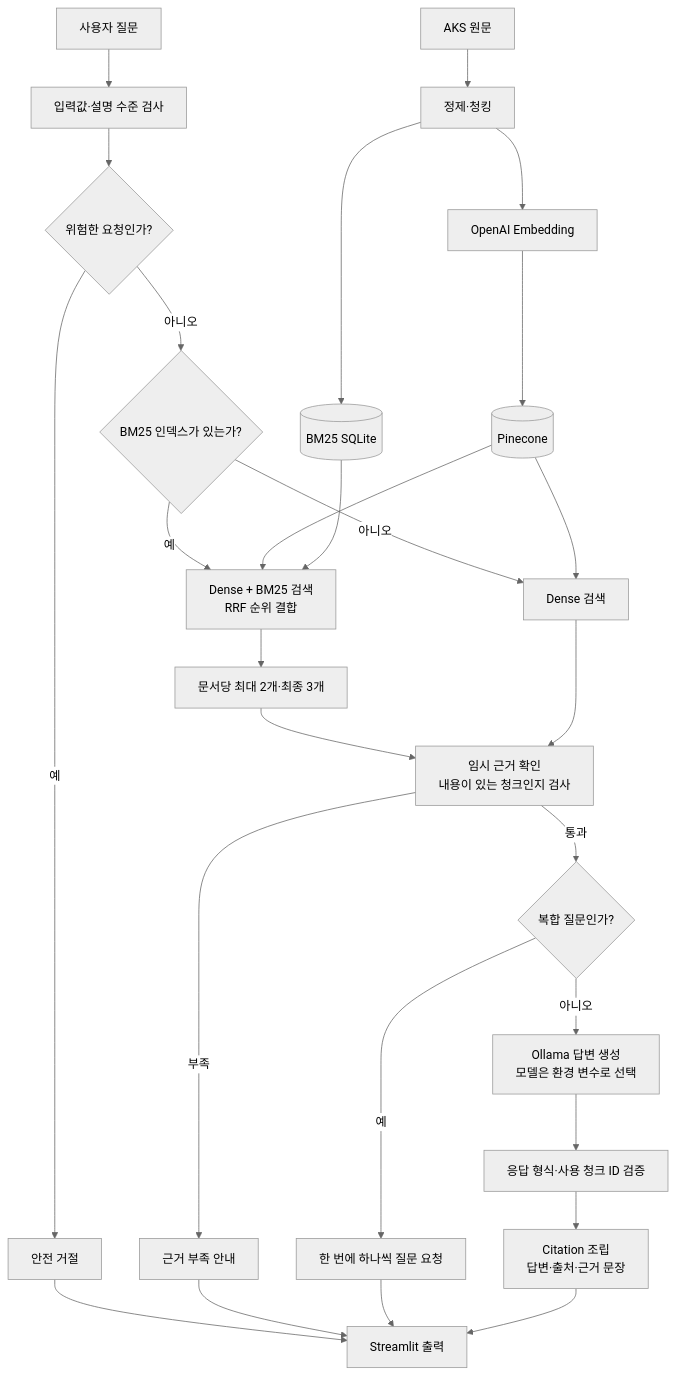
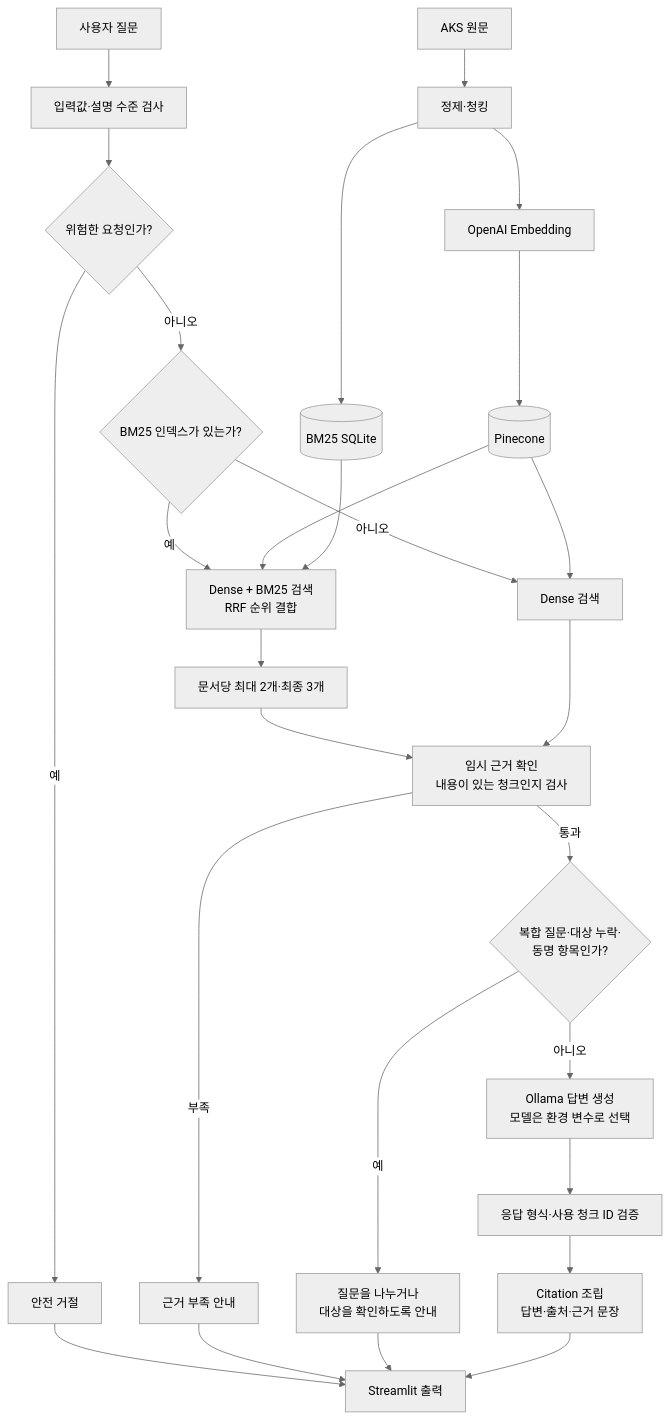
One commit to SpicyAutumn/SKN33-3rd-1Team changed the diagram in README.md. Above: the diagram before and after it, drawn with Mermaid (neutral theme). The commit also changed other lines of this file and 5 other files, not shown here.

````diff
--- a/README.md
+++ b/README.md
@@ -93,30 +93,30 @@
 ```mermaid
 flowchart TD
     A[AKS 원문] --> B[정제·청킹]
     B --> C[OpenAI Embedding]
     C --> D[(Pinecone)]
     B --> E[(BM25 SQLite)]
 
     Q[사용자 질문] --> V[입력값·설명 수준 검사]
     V --> S{위험한 요청인가?}
     S -->|예| SR[안전 거절]
     S -->|아니오| F{BM25 인덱스가 있는가?}
     F -->|예| H[Dense + BM25 검색<br/>RRF 순위 결합]
     F -->|아니오| DE[Dense 검색]
     D --> H
     E --> H
     D --> DE
     H --> HC[문서당 최대 2개·최종 3개]
     HC --> I[임시 근거 확인<br/>내용이 있는 청크인지 검사]
     DE --> I
     I -->|부족| K[근거 부족 안내]
-    I -->|통과| CQ{복합 질문인가?}
-    CQ -->|예| CL[한 번에 하나씩 질문 요청]
+    I -->|통과| CQ{복합 질문·대상 누락·<br/>동명 항목인가?}
+    CQ -->|예| CL[질문을 나누거나<br/>대상을 확인하도록 안내]
     CQ -->|아니오| J[Ollama 답변 생성<br/>모델은 환경 변수로 선택]
     J --> L[응답 형식·사용 청크 ID 검증]
     L --> M[Citation 조립<br/>답변·출처·근거 문장]
     SR --> N[Streamlit 출력]
     K --> N
     CL --> N
     M --> N
 ```
````
